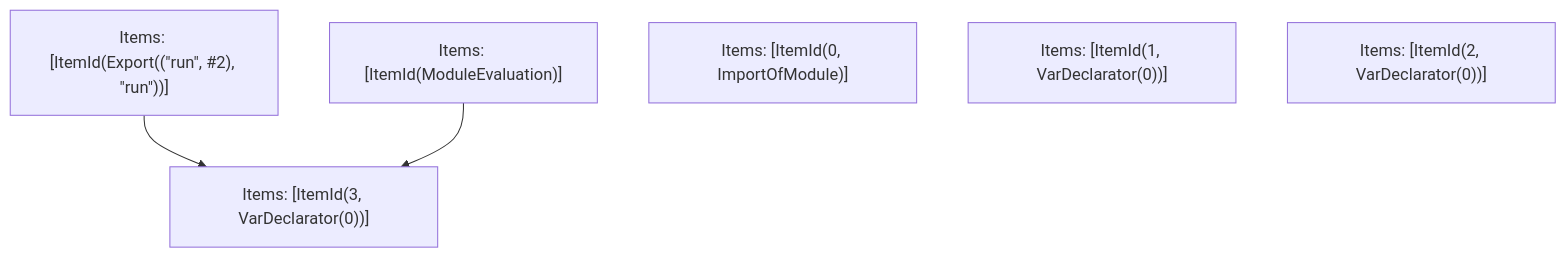
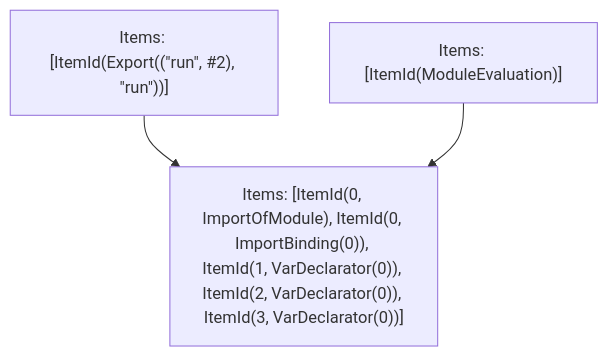
The fifth of 5 diagrams in turbopack/crates/turbopack-ecmascript/tests/tree-shaker/analyzer/ipc-evaluate/output.md (Sonar-UX-Testing-FreePlan/next.js), drawn with Mermaid before and after one commit. The commit also changed other lines of this file and 38 other files, not shown here.

````diff
--- a/turbopack/crates/turbopack-ecmascript/tests/tree-shaker/analyzer/ipc-evaluate/output.md
+++ b/turbopack/crates/turbopack-ecmascript/tests/tree-shaker/analyzer/ipc-evaluate/output.md
@@ -217,11 +217,8 @@
 ```mermaid
 graph TD
     N0["Items: [ItemId(ModuleEvaluation)]"];
     N1["Items: [ItemId(Export((&quot;run&quot;, #2), &quot;run&quot;))]"];
-    N2["Items: [ItemId(3, VarDeclarator(0))]"];
-    N3["Items: [ItemId(0, ImportOfModule)]"];
-    N4["Items: [ItemId(1, VarDeclarator(0))]"];
-    N5["Items: [ItemId(2, VarDeclarator(0))]"];
+    N2["Items: [ItemId(0, ImportOfModule), ItemId(0, ImportBinding(0)), ItemId(1, VarDeclarator(0)), ItemId(2, VarDeclarator(0)), ItemId(3, VarDeclarator(0))]"];
     N1 --> N2;
     N0 --> N2;
 ```
````
